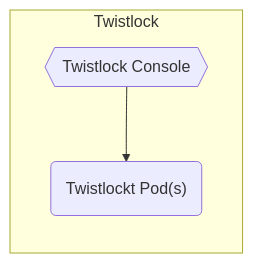
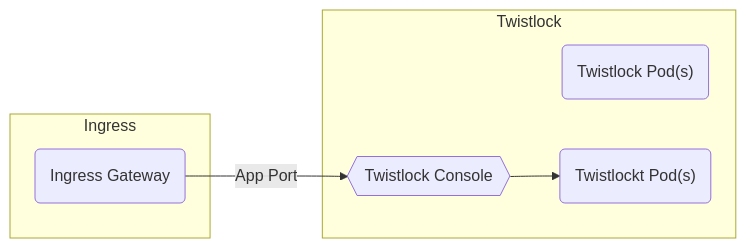
Before and after one commit to rjferguson21/big-bang: the diagram in charter/packages/twistlock/Architecture.md, drawn with Mermaid.

Commit message:
document eck architecture

````diff
--- a/charter/packages/twistlock/Architecture.md
+++ b/charter/packages/twistlock/Architecture.md
@@ -13,8 +13,11 @@
 ```mermaid
 graph LR
   subgraph "Twistlock"
     twistlockpods("Twistlock Pod(s)")
-    twistlockservice{{Twistlock Console}} --> twistlockpods("Twistlockt Pod(s)")
-  end     
+    twistlockservice{{Twistlock Console}} --> twistlockdefenderpods("Twistlockt Pod(s)")
+  end   
+  subgraph "Ingress"
+    ig(Ingress Gateway) --"App Port"--> twistlockservice
+  end  
 
 ```
````
